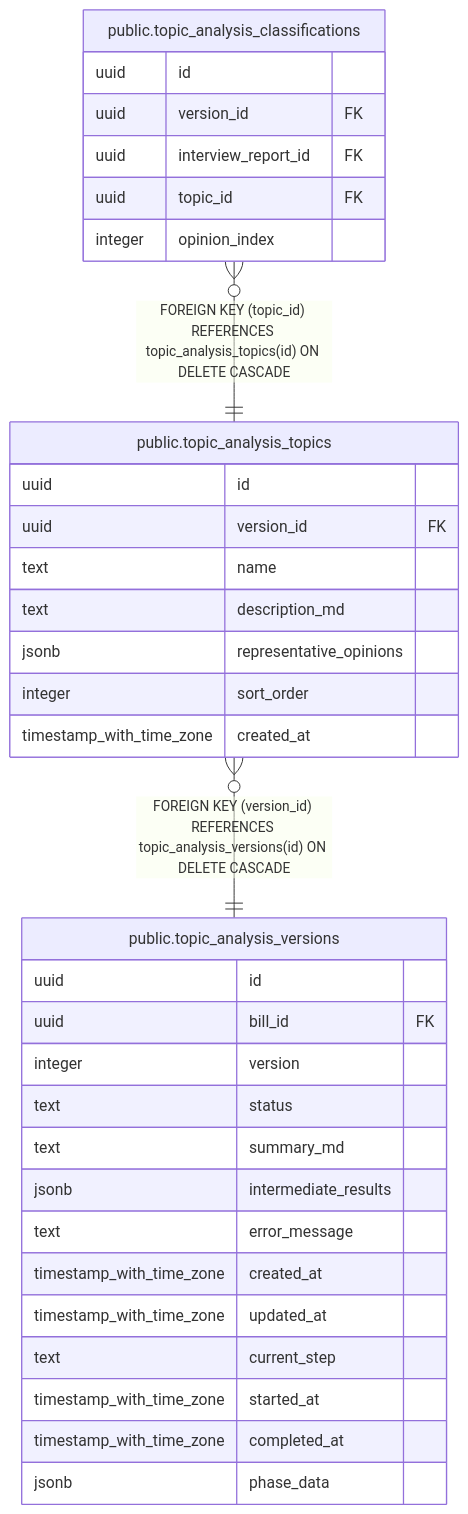
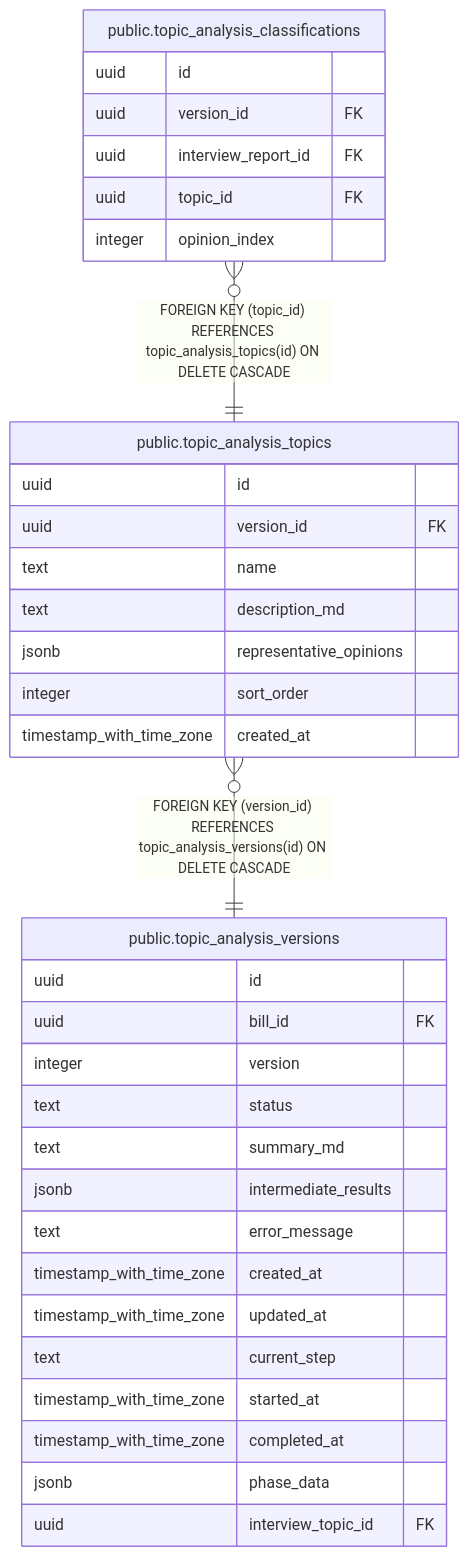
The diagram in docs/schema/public.topic_analysis_topics.md (s-takahashi-hokkaido/dejimin-gikai), drawn with Mermaid before and after one commit. The commit also changed 26 other files, not shown here.

````diff
--- a/docs/schema/public.topic_analysis_topics.md
+++ b/docs/schema/public.topic_analysis_topics.md
@@ -35,38 +35,39 @@
 ```mermaid
 erDiagram
 
 "public.topic_analysis_classifications" }o--|| "public.topic_analysis_topics" : "FOREIGN KEY (topic_id) REFERENCES topic_analysis_topics(id) ON DELETE CASCADE"
 "public.topic_analysis_topics" }o--|| "public.topic_analysis_versions" : "FOREIGN KEY (version_id) REFERENCES topic_analysis_versions(id) ON DELETE CASCADE"
 
 "public.topic_analysis_topics" {
   uuid id
   uuid version_id FK
   text name
   text description_md
   jsonb representative_opinions
   integer sort_order
   timestamp_with_time_zone created_at
 }
 "public.topic_analysis_classifications" {
   uuid id
   uuid version_id FK
   uuid interview_report_id FK
   uuid topic_id FK
   integer opinion_index
 }
 "public.topic_analysis_versions" {
   uuid id
   uuid bill_id FK
   integer version
   text status
   text summary_md
   jsonb intermediate_results
   text error_message
   timestamp_with_time_zone created_at
   timestamp_with_time_zone updated_at
   text current_step
   timestamp_with_time_zone started_at
   timestamp_with_time_zone completed_at
   jsonb phase_data
+  uuid interview_topic_id FK
 }
 ```
````
